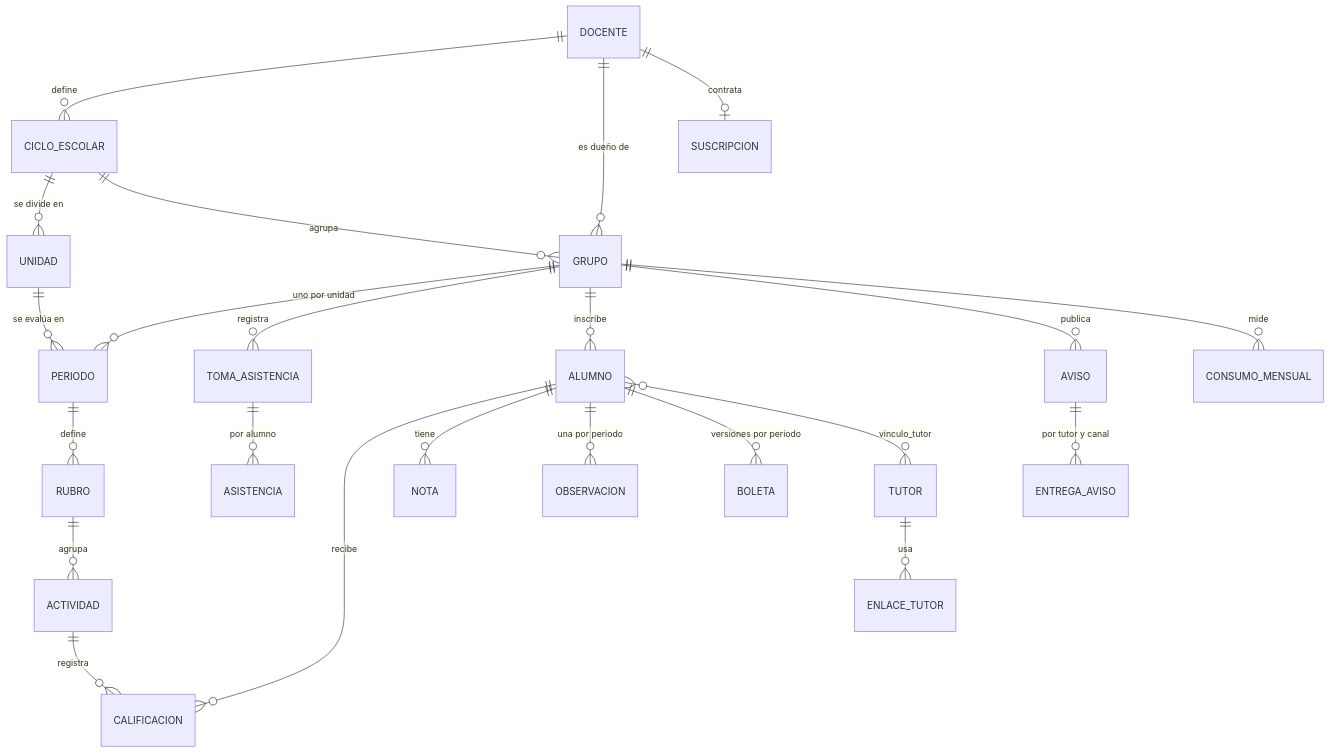
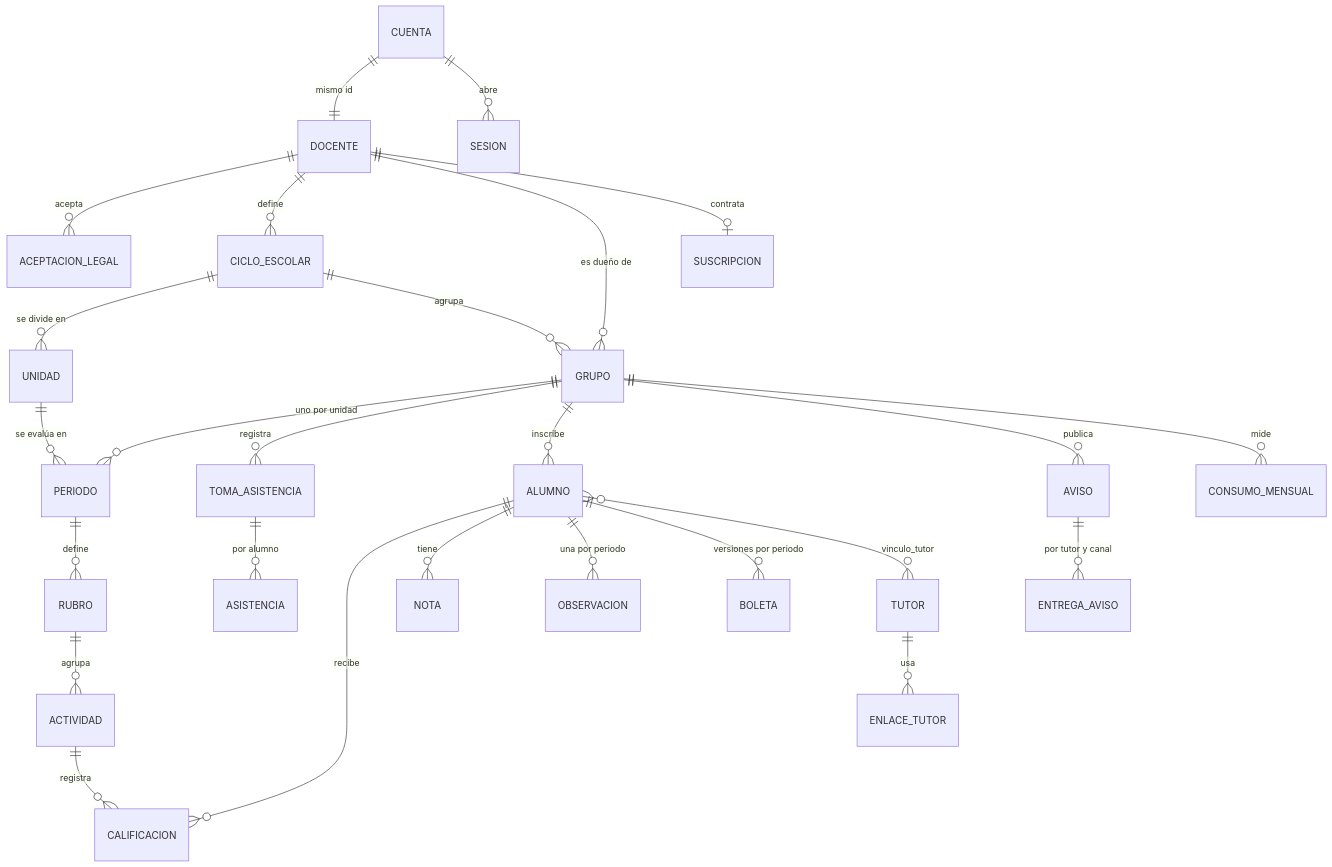
One commit to Salcidoprc/Aula-lista changed the second of 2 diagrams in docs/02-arquitectura.md. Above: the diagram before and after it, drawn with Mermaid. The commit also changed other lines of this file and 54 other files, not shown here.

````diff
--- a/docs/02-arquitectura.md
+++ b/docs/02-arquitectura.md
@@ -62,25 +62,28 @@
 ```mermaid
 erDiagram
+  CUENTA ||--|| DOCENTE : "mismo id"
+  CUENTA ||--o{ SESION : abre
+  DOCENTE ||--o{ ACEPTACION_LEGAL : acepta
   DOCENTE ||--o{ CICLO_ESCOLAR : define
   CICLO_ESCOLAR ||--o{ UNIDAD : "se divide en"
   CICLO_ESCOLAR ||--o{ GRUPO : agrupa
   DOCENTE ||--o{ GRUPO : "es dueño de"
   GRUPO ||--o{ PERIODO : "uno por unidad"
   UNIDAD ||--o{ PERIODO : "se evalúa en"
   GRUPO ||--o{ TOMA_ASISTENCIA : registra
   TOMA_ASISTENCIA ||--o{ ASISTENCIA : "por alumno"
   GRUPO ||--o{ ALUMNO : "inscribe"
   PERIODO ||--o{ RUBRO : define
   RUBRO ||--o{ ACTIVIDAD : agrupa
   ACTIVIDAD ||--o{ CALIFICACION : registra
   ALUMNO ||--o{ CALIFICACION : recibe
   ALUMNO ||--o{ NOTA : tiene
   ALUMNO ||--o{ OBSERVACION : "una por periodo"
   ALUMNO ||--o{ BOLETA : "versiones por periodo"
   ALUMNO }o--o{ TUTOR : "vinculo_tutor"
   TUTOR ||--o{ ENLACE_TUTOR : usa
   GRUPO ||--o{ AVISO : publica
   AVISO ||--o{ ENTREGA_AVISO : "por tutor y canal"
   DOCENTE ||--o| SUSCRIPCION : contrata
   GRUPO ||--o{ CONSUMO_MENSUAL : mide
 ```
````
